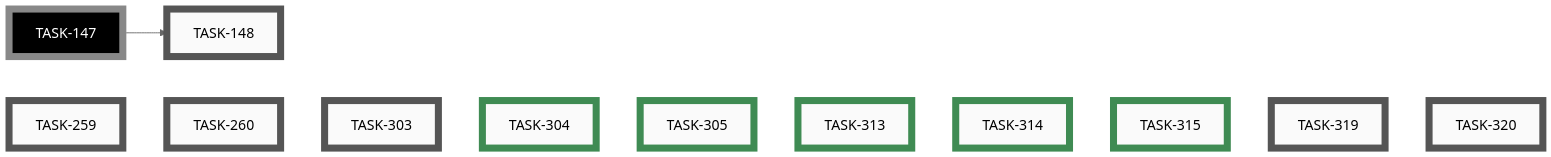
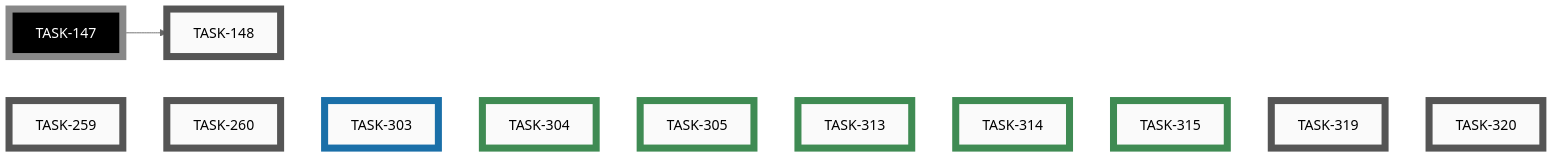
Before and after one commit to tgd1975/AwesomeStudioPedal: the seventh of 7 diagrams in docs/developers/tasks/EPICS.md, drawn with Mermaid (neutral theme). The commit also changed other lines of this file and 5 other files, not shown here.

````diff
--- a/docs/developers/tasks/EPICS.md
+++ b/docs/developers/tasks/EPICS.md
@@ -242,36 +242,36 @@
 ```mermaid
 graph LR
     TASK_148["TASK-148"]:::open
     TASK_259["TASK-259"]:::open
     TASK_260["TASK-260"]:::open
-    TASK_303["TASK-303"]:::open
     TASK_319["TASK-319"]:::open
     TASK_320["TASK-320"]:::open
+    TASK_303["TASK-303"]:::active
     TASK_304["TASK-304"]:::closed
     TASK_305["TASK-305"]:::closed
     TASK_313["TASK-313"]:::closed
     TASK_314["TASK-314"]:::closed
     TASK_315["TASK-315"]:::closed
     TASK_147["TASK-147"]:::openExt
     TASK_147 --> TASK_148
     TASK_259 ~~~ TASK_260 ~~~ TASK_303 ~~~ TASK_304 ~~~ TASK_305 ~~~ TASK_313 ~~~ TASK_314 ~~~ TASK_315 ~~~ TASK_319 ~~~ TASK_320
     click TASK_148 "open/task-148-reorganise-developer-documentation.md"
     click TASK_259 "open/task-259-android-app-test-protocol.md"
     click TASK_260 "open/task-260-unify-version-numbers-across-deliverables.md"
-    click TASK_303 "open/task-303-simulator-boots-with-demo-loaded.md"
     click TASK_319 "open/task-319-remove-wireviz-precommit-block.md"
     click TASK_320 "open/task-320-remove-ble-flag-precommit-check.md"
+    click TASK_303 "active/task-303-simulator-boots-with-demo-loaded.md"
     click TASK_304 "closed/task-304-simulator-button-no-hover-reaction.md"
     click TASK_305 "closed/task-305-add-category-field-to-ideas.md"
     click TASK_313 "closed/task-313-emoji-icons-for-idea-categories.md"
     click TASK_314 "closed/task-314-nbsp-between-icon-and-category.md"
     click TASK_315 "closed/task-315-idea-sub-file-naming-convention.md"
     classDef open    fill:#FAFAFA,stroke:#555,stroke-width:8px,color:#000
     classDef active  fill:#FAFAFA,stroke:#1A6FA8,stroke-width:8px,color:#000
     classDef closed  fill:#FAFAFA,stroke:#3F8B53,stroke-width:8px,color:#000
     classDef paused  fill:#FAFAFA,stroke:#B07810,stroke-width:8px,color:#000
     classDef openExt    fill:#000,stroke:#888,stroke-width:8px,color:#FFF
     classDef activeExt  fill:#000,stroke:#3FA9F5,stroke-width:8px,color:#FFF
     classDef closedExt  fill:#000,stroke:#7CC68A,stroke-width:8px,color:#FFF
     classDef pausedExt  fill:#000,stroke:#F0B030,stroke-width:8px,color:#FFF
 ```
````
